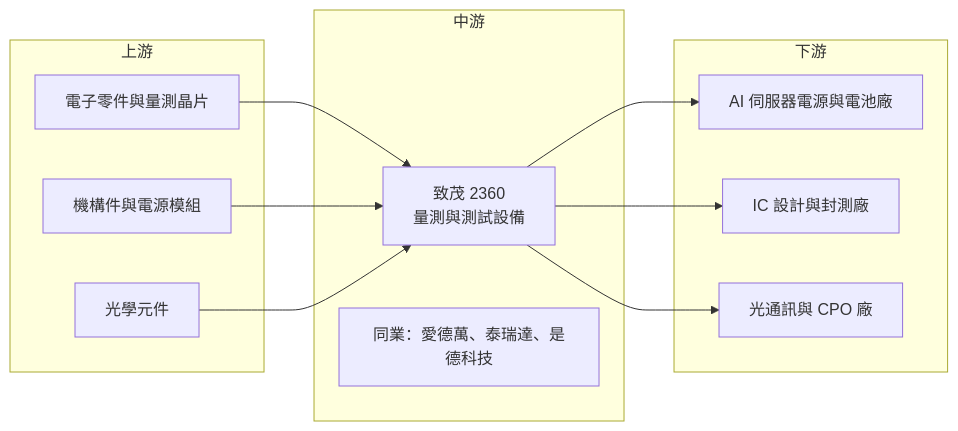
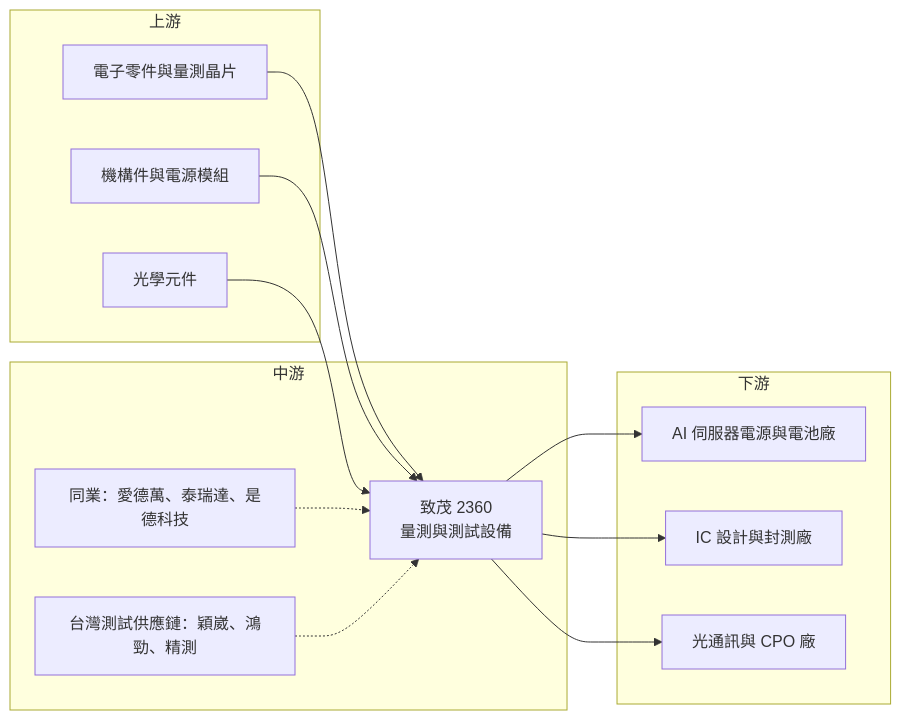
One commit to wangnick1004/taiwan-stock-vault changed the fourth of 4 diagrams in 個股/台股/2360致茂.md. Above: the diagram before and after it, drawn with Mermaid. The commit also changed other lines of this file and 10 other files, not shown here.

````diff
--- a/個股/台股/2360致茂.md
+++ b/個股/台股/2360致茂.md
@@ -206,23 +245,26 @@
 ```mermaid
 flowchart LR
     subgraph 上游
         A1[電子零件與量測晶片]
         A2[機構件與電源模組]
         A3[光學元件]
     end
     subgraph 中游
-        B[致茂 2360<br/>量測與測試設備]
+        B["致茂 2360<br/>量測與測試設備"]
         B2[同業：愛德萬、泰瑞達、是德科技]
+        B3[台灣測試供應鏈：穎崴、鴻勁、精測]
     end
     subgraph 下游
         C1[AI 伺服器電源與電池廠]
         C2[IC 設計與封測廠]
         C3[光通訊與 CPO 廠]
     end
     A1 --> B
     A2 --> B
     A3 --> B
+    B2 -.-> B
+    B3 -.-> B
     B --> C1
     B --> C2
     B --> C3
 ```
````
